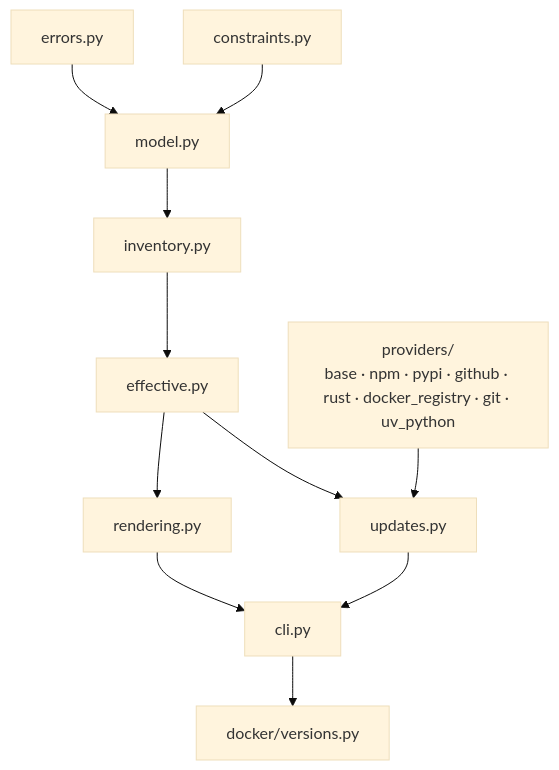
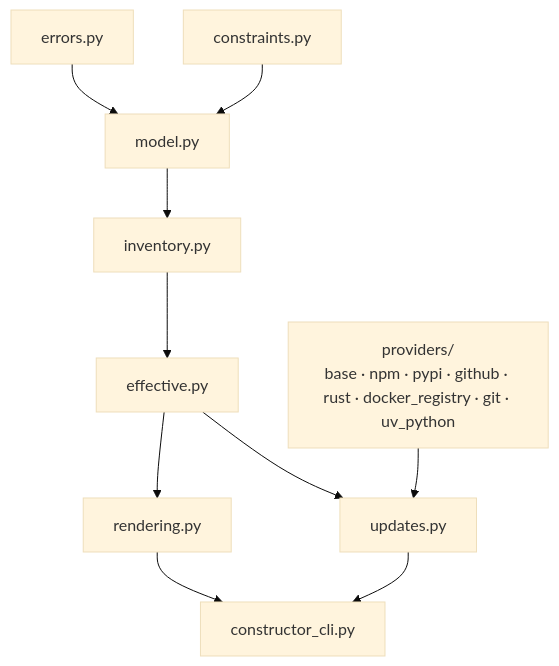
Before and after one commit to alexvas/claude-cli-setup: the second of 2 diagrams in openspec/specs/docker-build-reproducibility/spec.md, drawn with Mermaid (base theme). The commit also changed other lines of this file and 44 other files, not shown here.

````diff
--- a/openspec/specs/docker-build-reproducibility/spec.md
+++ b/openspec/specs/docker-build-reproducibility/spec.md
@@ -142,13 +141,12 @@
 ```mermaid
 flowchart TD
     ERR[errors.py] --> MODEL[model.py]
     CON[constraints.py] --> MODEL
     MODEL --> INV[inventory.py]
     INV --> EFF[effective.py]
     EFF --> RENDER[rendering.py]
     EFF --> UPDATES[updates.py]
     PROVIDERS[providers/<br/>base · npm · pypi · github · rust · docker_registry · git · uv_python] --> UPDATES
-    RENDER --> CLI[cli.py]
-    UPDATES --> CLI
-    CLI --> ENTRY[docker/versions.py]
+    RENDER --> FACADE[constructor_cli.py]
+    UPDATES --> FACADE
 ```
````
